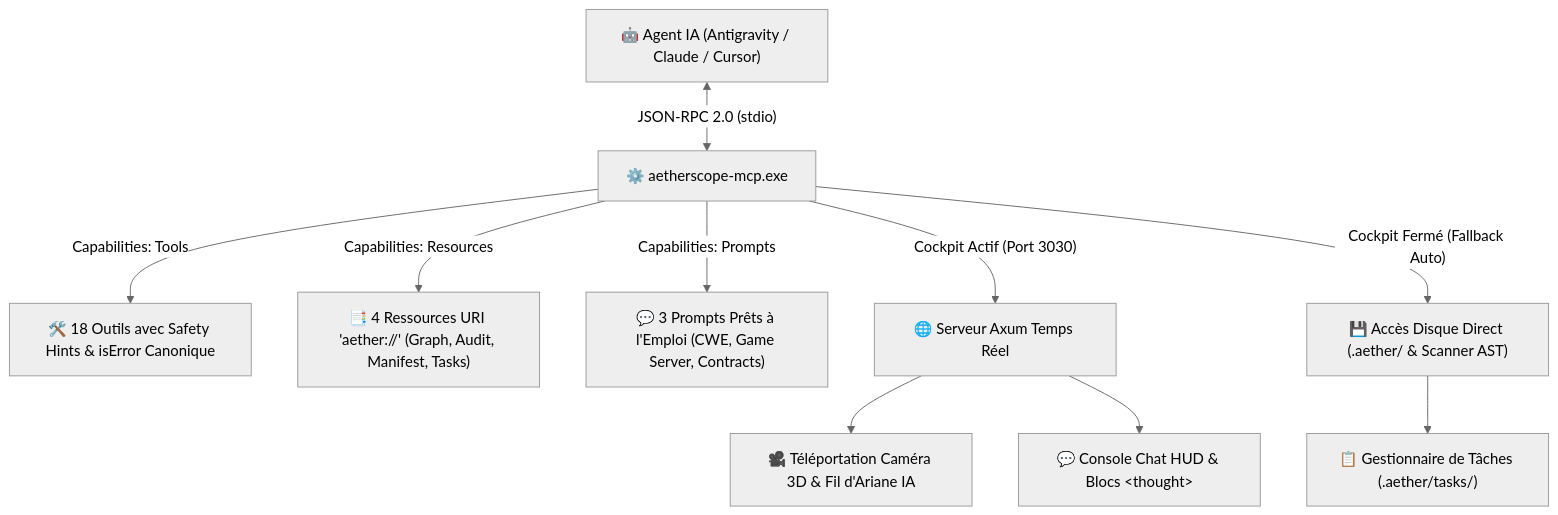
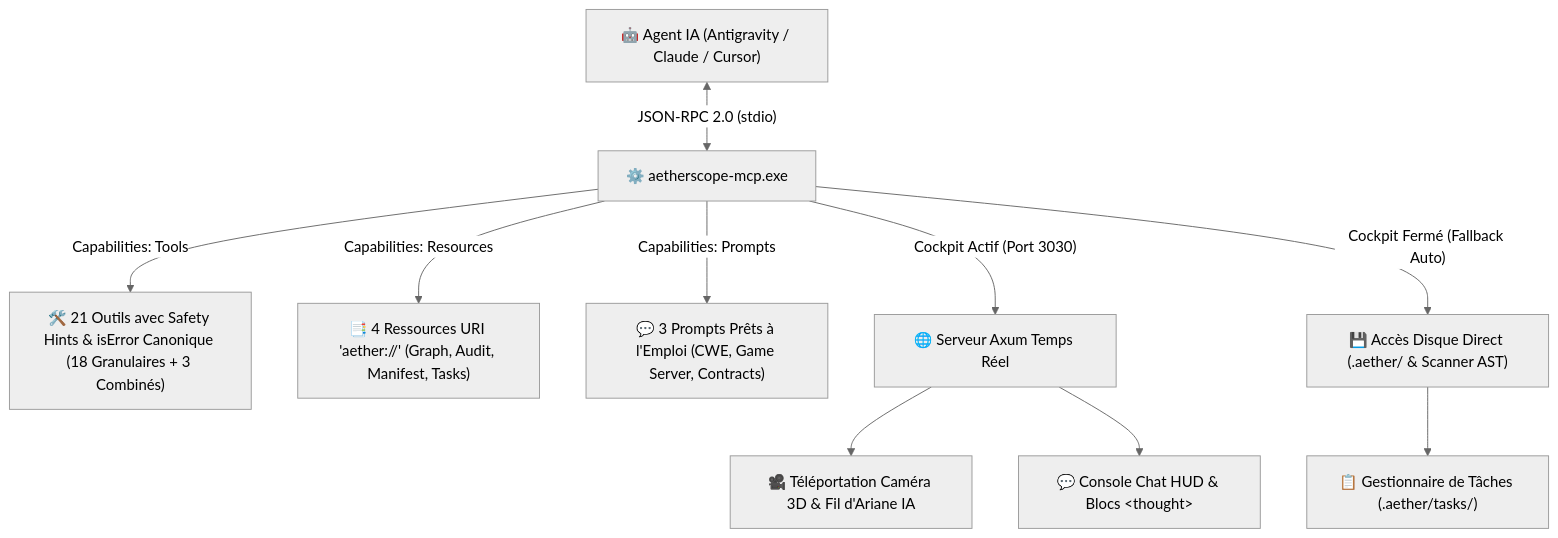
The diagram in README.md (maxxwwim/AetherSAST-150-CWE-MCP), drawn with Mermaid (neutral theme) before and after one commit. The commit also changed other lines of this file and 6 other files, not shown here.

Commit message:
feat(mcp): expand catalog to 21 MCP modules (18 granular + 3 unified), sync Antigravity schemas & refresh release binaries

````diff
--- a/README.md
+++ b/README.md
@@ -259,12 +259,12 @@
 ```mermaid
 flowchart TD
     AI["🤖 Agent IA (Antigravity / Claude / Cursor)"] <-->|"JSON-RPC 2.0 (stdio)"| MCP["⚙️ aetherscope-mcp.exe"]
-    MCP -->|"Capabilities: Tools"| TOOLS["🛠️ 18 Outils avec Safety Hints & isError Canonique"]
+    MCP -->|"Capabilities: Tools"| TOOLS["🛠️ 21 Outils avec Safety Hints & isError Canonique (18 Granulaires + 3 Combinés)"]
     MCP -->|"Capabilities: Resources"| RES["📑 4 Ressources URI 'aether://' (Graph, Audit, Manifest, Tasks)"]
     MCP -->|"Capabilities: Prompts"| PROMPTS["💬 3 Prompts Prêts à l'Emploi (CWE, Game Server, Contracts)"]
     MCP -->|"Cockpit Actif (Port 3030)"| LIVE["🌐 Serveur Axum Temps Réel"]
     MCP -->|"Cockpit Fermé (Fallback Auto)"| DISK["💾 Accès Disque Direct (.aether/ & Scanner AST)"]
     LIVE --> CAM["🎥 Téléportation Caméra 3D & Fil d'Ariane IA"]
     LIVE --> CHAT["💬 Console Chat HUD & Blocs &lt;thought&gt;"]
     DISK --> TASKS["📋 Gestionnaire de Tâches (.aether/tasks/)"]
 ```
````
